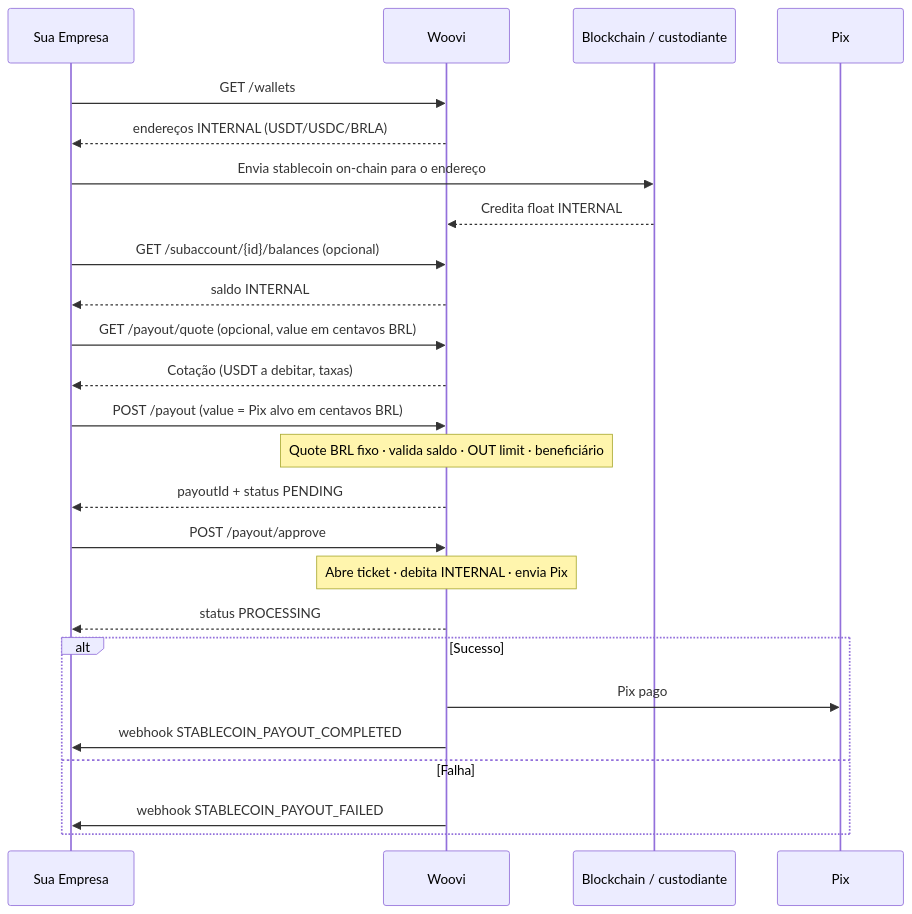
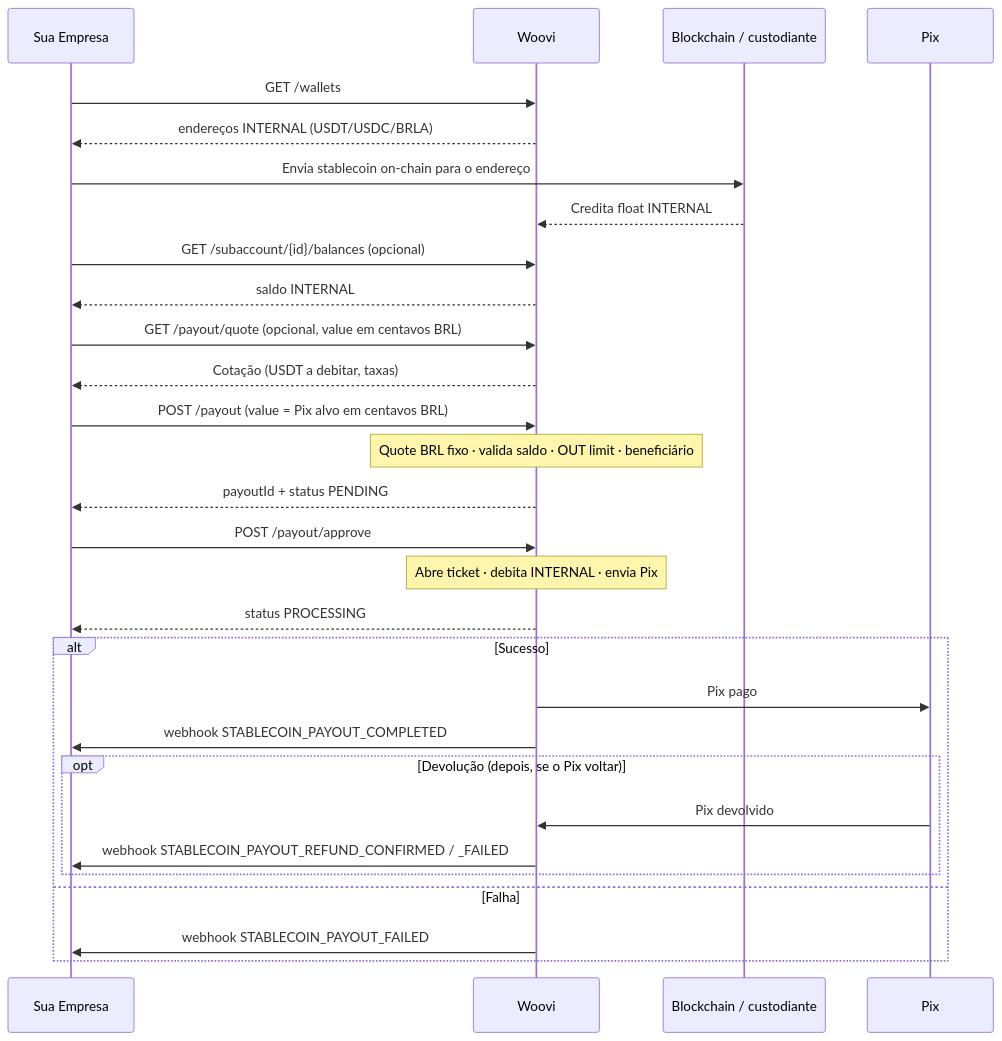
One commit to woovibr/woovi-developers changed the first of 3 diagrams in docs/stablecoin/stablecoin-payout-flow.md. Above: the diagram before and after it, drawn with Mermaid. The commit also changed other lines of this file, not shown here.

First line of the commit message:
docs(stablecoin): give the payout flow its own webhook section (#768)

````diff
--- a/docs/stablecoin/stablecoin-payout-flow.md
+++ b/docs/stablecoin/stablecoin-payout-flow.md
@@ -17,27 +17,31 @@
 ```mermaid
 sequenceDiagram
     participant E as Sua Empresa
     participant W as Woovi
     participant C as Blockchain / custodiante
     participant P as Pix
     E->>W: GET /wallets
     W-->>E: endereços INTERNAL (USDT/USDC/BRLA)
     E->>C: Envia stablecoin on-chain para o endereço
     C-->>W: Credita float INTERNAL
     E->>W: GET /subaccount/{id}/balances (opcional)
     W-->>E: saldo INTERNAL
     E->>W: GET /payout/quote (opcional, value em centavos BRL)
     W-->>E: Cotação (USDT a debitar, taxas)
     E->>W: POST /payout (value = Pix alvo em centavos BRL)
     Note over W: Quote BRL fixo · valida saldo · OUT limit · beneficiário
     W-->>E: payoutId + status PENDING
     E->>W: POST /payout/approve
     Note over W: Abre ticket · debita INTERNAL · envia Pix
     W-->>E: status PROCESSING
     alt Sucesso
         W->>P: Pix pago
         W->>E: webhook STABLECOIN_PAYOUT_COMPLETED
+        opt Devolução (depois, se o Pix voltar)
+            P->>W: Pix devolvido
+            W->>E: webhook STABLECOIN_PAYOUT_REFUND_CONFIRMED / _FAILED
+        end
     else Falha
         W->>E: webhook STABLECOIN_PAYOUT_FAILED
     end
 ```
````
